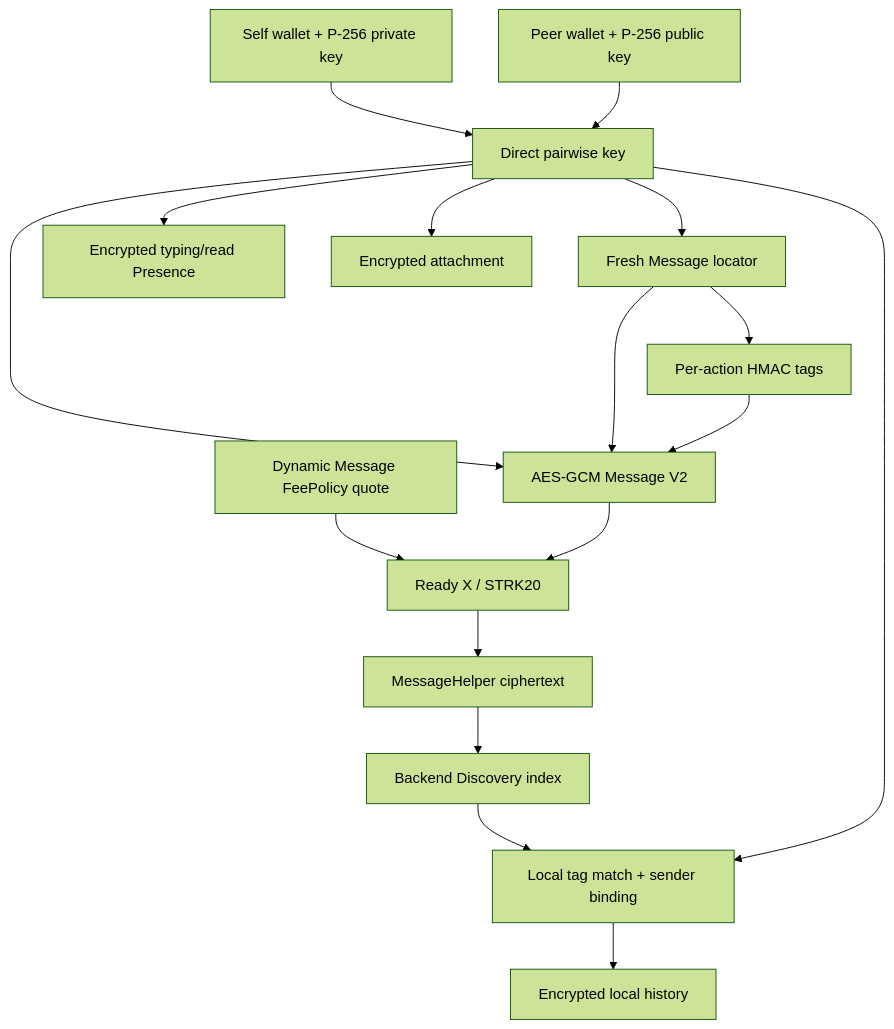
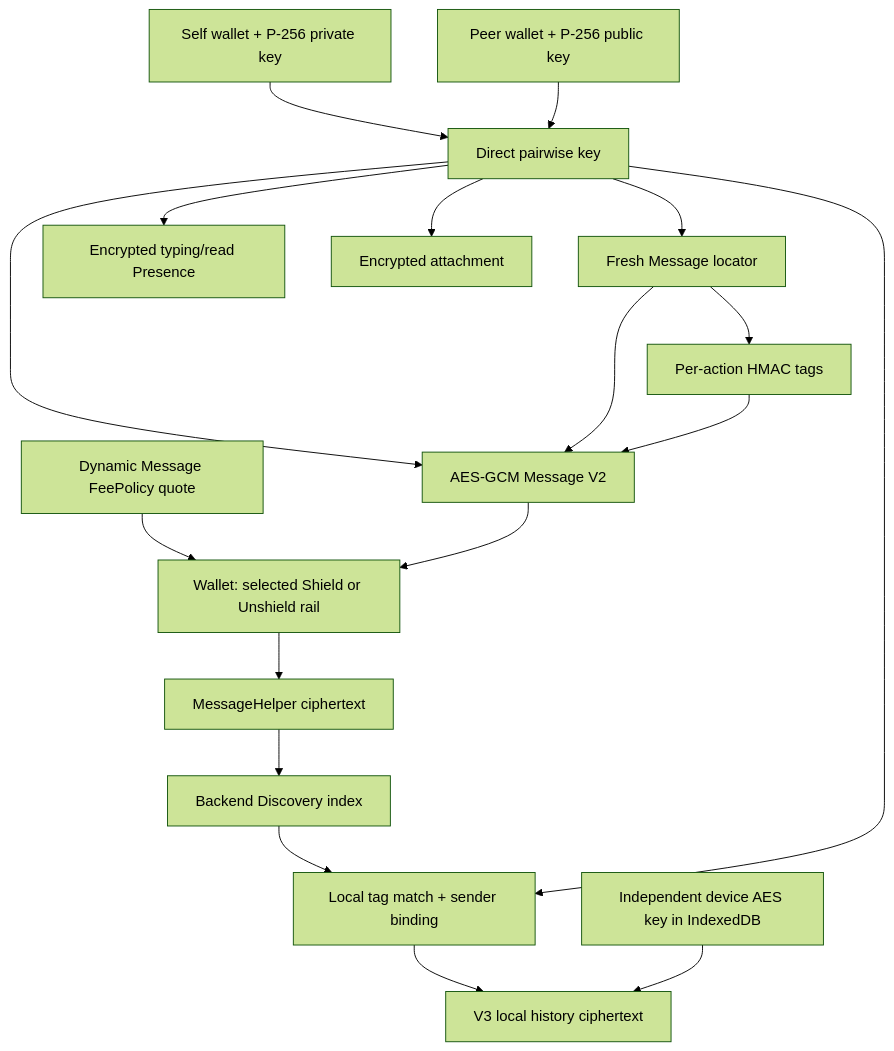
The ninth of 9 diagrams in docs/technical/frontend/direct-chat.md (DXJLabs/vinss), drawn with Mermaid (forest theme) before and after one commit. The commit also changed other lines of this file and 8 other files, not shown here.

Commit message:
docs: refresh messaging architecture, code maps and Mermaid; verify Offer rails

````diff
--- a/docs/technical/frontend/direct-chat.md
+++ b/docs/technical/frontend/direct-chat.md
@@ -2457,34 +2490,36 @@
 ```mermaid
 flowchart TB
     SELF["Self wallet + P-256 private key"]
     PEER["Peer wallet + P-256 public key"]
     KEY["Direct pairwise key"]
     LOC["Fresh Message locator"]
     TAG["Per-action HMAC tags"]
     ENC["AES-GCM Message V2"]
     FEE["Dynamic Message FeePolicy quote"]
-    READY["Ready X / STRK20"]
+    READY["Wallet: selected Shield or Unshield rail"]
     CHAIN["MessageHelper ciphertext"]
     IDX["Backend Discovery index"]
     AUTH["Local tag match + sender binding"]
-    HIST["Encrypted local history"]
+    HIST["V3 local history ciphertext"]
+    DEVICE["Independent device AES key in IndexedDB"]
     PRES["Encrypted typing/read Presence"]
     FILE["Encrypted attachment"]
 
     SELF --> KEY
     PEER --> KEY
     KEY --> LOC
     LOC --> TAG
     KEY --> ENC
     LOC --> ENC
     TAG --> ENC
     FEE --> READY
     ENC --> READY
     READY --> CHAIN
     CHAIN --> IDX
     IDX --> AUTH
     KEY --> AUTH
     AUTH --> HIST
+    DEVICE --> HIST
     KEY --> PRES
     KEY --> FILE
 ```
````
